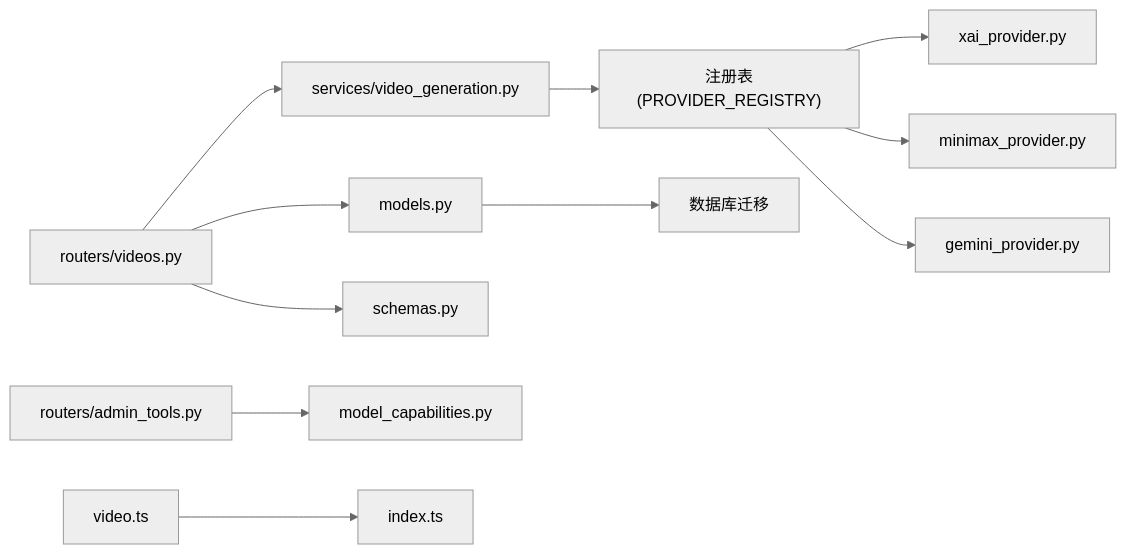
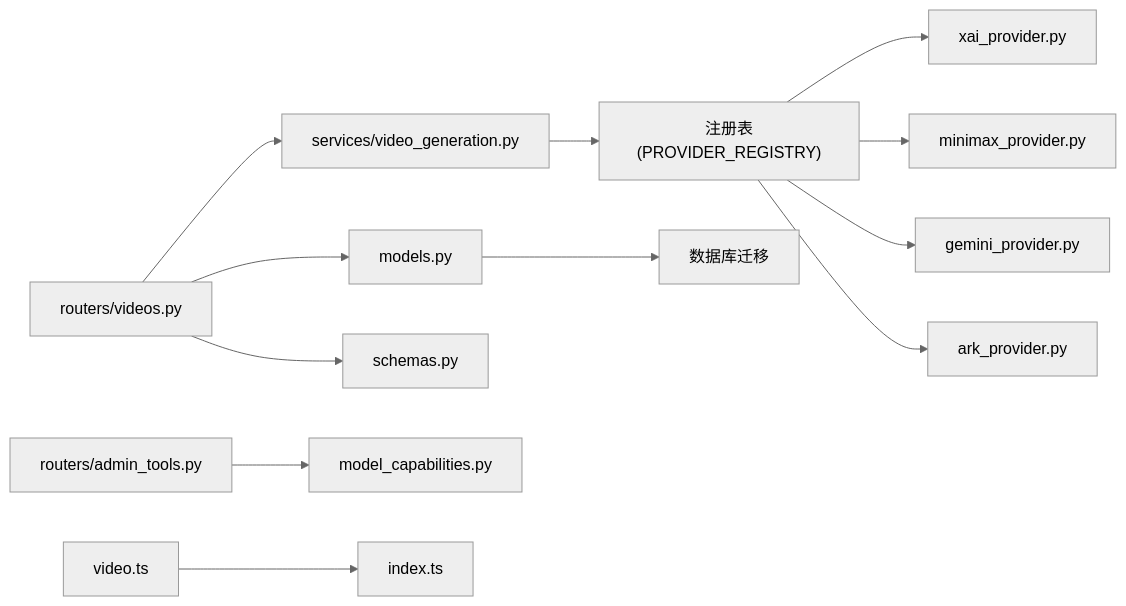
One commit to KunLabAI/KunFlix changed the sixth of 6 diagrams in .qoder/repowiki/zh/content/后端服务架构/业务服务层/媒体生成服务/视频生成系统.md. Above: the diagram before and after it, drawn with Mermaid (neutral theme). The commit also changed other lines of this file and 10 other files, not shown here.

````diff
--- a/.qoder/repowiki/zh/content/后端服务架构/业务服务层/媒体生成服务/视频生成系统.md
+++ b/.qoder/repowiki/zh/content/后端服务架构/业务服务层/媒体生成服务/视频生成系统.md
@@ -427,13 +467,14 @@
 ```mermaid
 graph LR
 RT["routers/videos.py"] --> VG["services/video_generation.py"]
 VG --> REG["注册表(PROVIDER_REGISTRY)"]
 REG --> XAI["xai_provider.py"]
 REG --> MM["minimax_provider.py"]
 REG --> GEM["gemini_provider.py"]
+REG --> ARK["ark_provider.py"]
 RT --> MD["models.py"]
 RT --> SC["schemas.py"]
 AT["routers/admin_tools.py"] --> MC["model_capabilities.py"]
 MD --> MIG["数据库迁移"]
 VT["video.ts"] --> IT["index.ts"]
 ```
````
